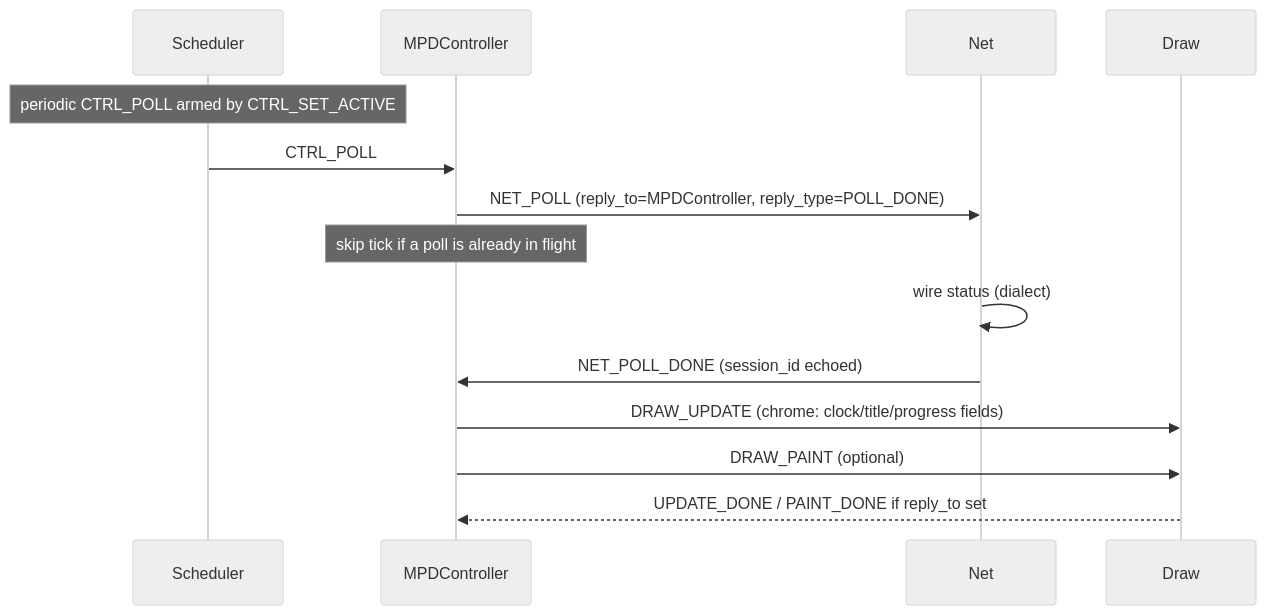
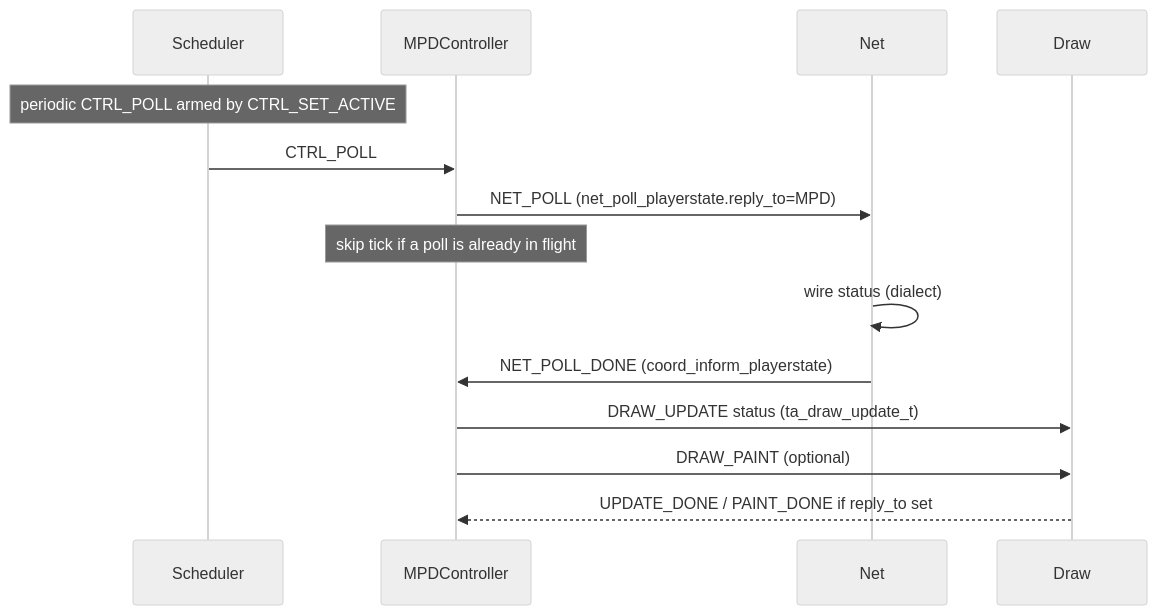
Before and after one commit to jovlinger/utils: the second of 6 diagrams in spinme/EXPOSITION.md, drawn with Mermaid (neutral theme). The commit also changed other lines of this file and 43 other files, not shown here.

````diff
--- a/spinme/EXPOSITION.md
+++ b/spinme/EXPOSITION.md
@@ -484,17 +613,17 @@
 ```mermaid
 sequenceDiagram
   participant Sch as Scheduler
   participant MPD as MPDController
   participant Net as Net
   participant Draw as Draw
 
   Note over Sch: periodic CTRL_POLL armed by CTRL_SET_ACTIVE
   Sch->>MPD: CTRL_POLL
-  MPD->>Net: NET_POLL (reply_to=MPDController, reply_type=POLL_DONE)
+  MPD->>Net: NET_POLL (net_poll_playerstate.reply_to=MPD)
   Note over MPD: skip tick if a poll is already in flight
   Net->>Net: wire status (dialect)
-  Net->>MPD: NET_POLL_DONE (session_id echoed)
-  MPD->>Draw: DRAW_UPDATE (chrome: clock/title/progress fields)
+  Net->>MPD: NET_POLL_DONE (coord_inform_playerstate)
+  MPD->>Draw: DRAW_UPDATE status (ta_draw_update_t)
   MPD->>Draw: DRAW_PAINT (optional)
   Draw-->>MPD: UPDATE_DONE / PAINT_DONE if reply_to set
 ```
````
